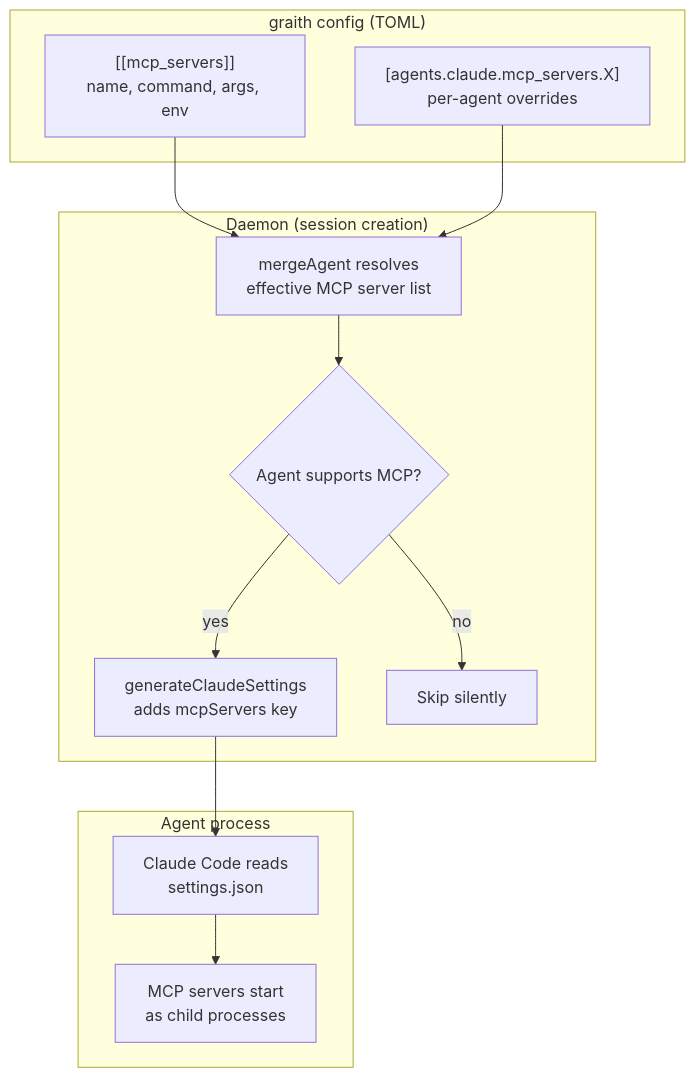
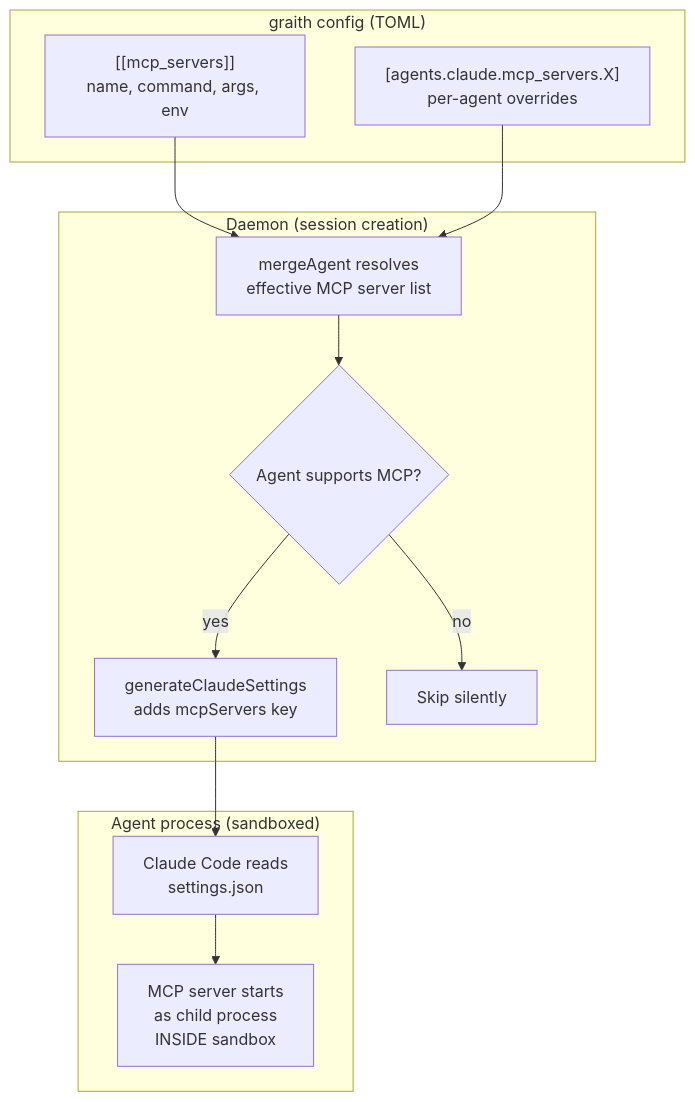
Before and after one commit to d0ugal/graith: the first of 2 diagrams in docs/superpowers/specs/2026-06-11-mcp-server-injection-design.md, drawn with Mermaid. The commit also changed other lines of this file, not shown here.

First line of the commit message:
docs: update MCP design doc with daemon-managed proxy architecture

````diff
--- a/docs/superpowers/specs/2026-06-11-mcp-server-injection-design.md
+++ b/docs/superpowers/specs/2026-06-11-mcp-server-injection-design.md
@@ -55,24 +59,24 @@
 ```mermaid
 graph TD
     subgraph "graith config (TOML)"
         A["[[mcp_servers]]<br/>name, command, args, env"]
         B["[agents.claude.mcp_servers.X]<br/>per-agent overrides"]
     end
     subgraph "Daemon (session creation)"
         C[mergeAgent resolves<br/>effective MCP server list]
         D{Agent supports MCP?}
         E[generateClaudeSettings<br/>adds mcpServers key]
         F[Skip silently]
     end
-    subgraph "Agent process"
+    subgraph "Agent process (sandboxed)"
         G[Claude Code reads<br/>settings.json]
-        H[MCP servers start<br/>as child processes]
+        H[MCP server starts<br/>as child process<br/>INSIDE sandbox]
     end
     A --> C
     B --> C
     C --> D
     D -->|yes| E
     D -->|no| F
     E --> G
     G --> H
 ```
````
